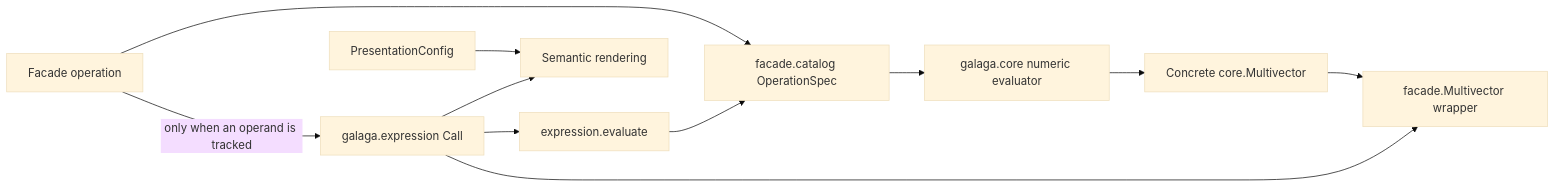
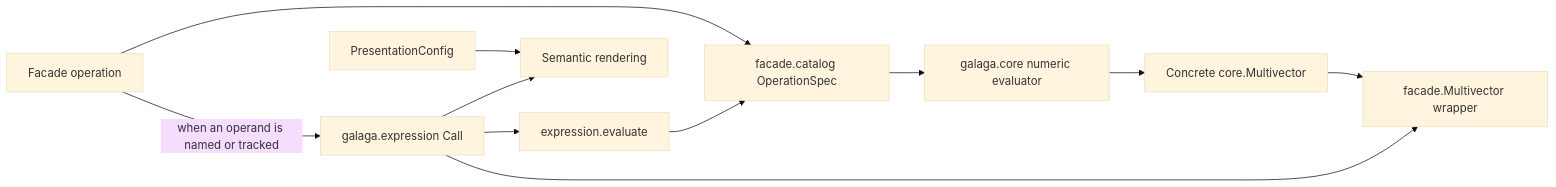
The diagram in docs/v2/expression-provenance.md (edouardp/galaga), drawn with Mermaid (base theme) before and after one commit. The commit also changed other lines of this file and 60 other files, not shown here.

````diff
--- a/docs/v2/expression-provenance.md
+++ b/docs/v2/expression-provenance.md
@@ -16,13 +16,13 @@
 ```mermaid
 flowchart LR
     U[Facade operation] --> C[facade.catalog OperationSpec]
     C --> N[galaga.core numeric evaluator]
     N --> V[Concrete core.Multivector]
-    U -->|only when an operand is tracked| E[galaga.expression Call]
+    U -->|when an operand is named or tracked| E[galaga.expression Call]
     V --> W[facade.Multivector wrapper]
     E --> W
     E --> X[expression.evaluate]
     X --> C
     P[PresentationConfig] --> R[Semantic rendering]
     E --> R
 ```
````
